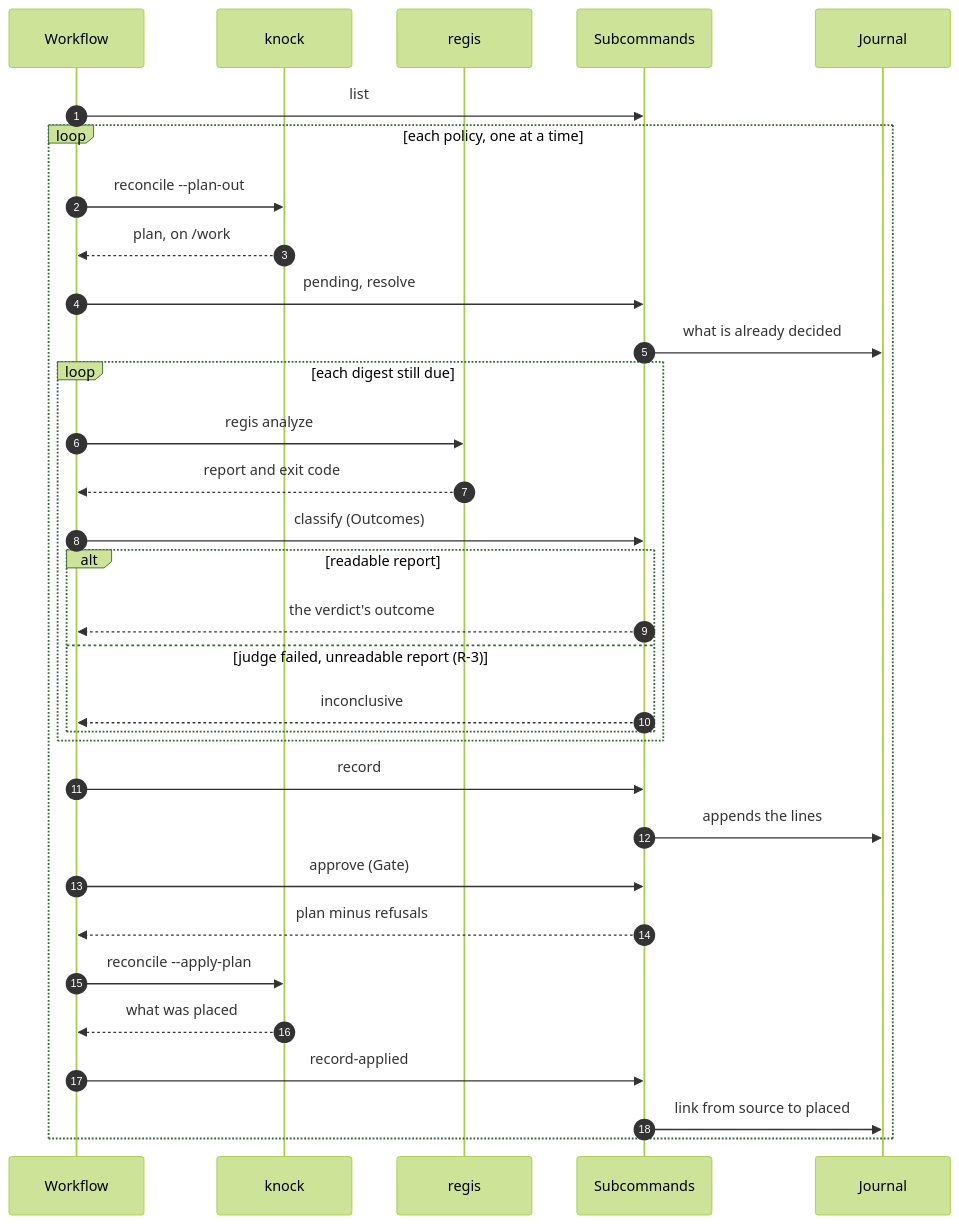
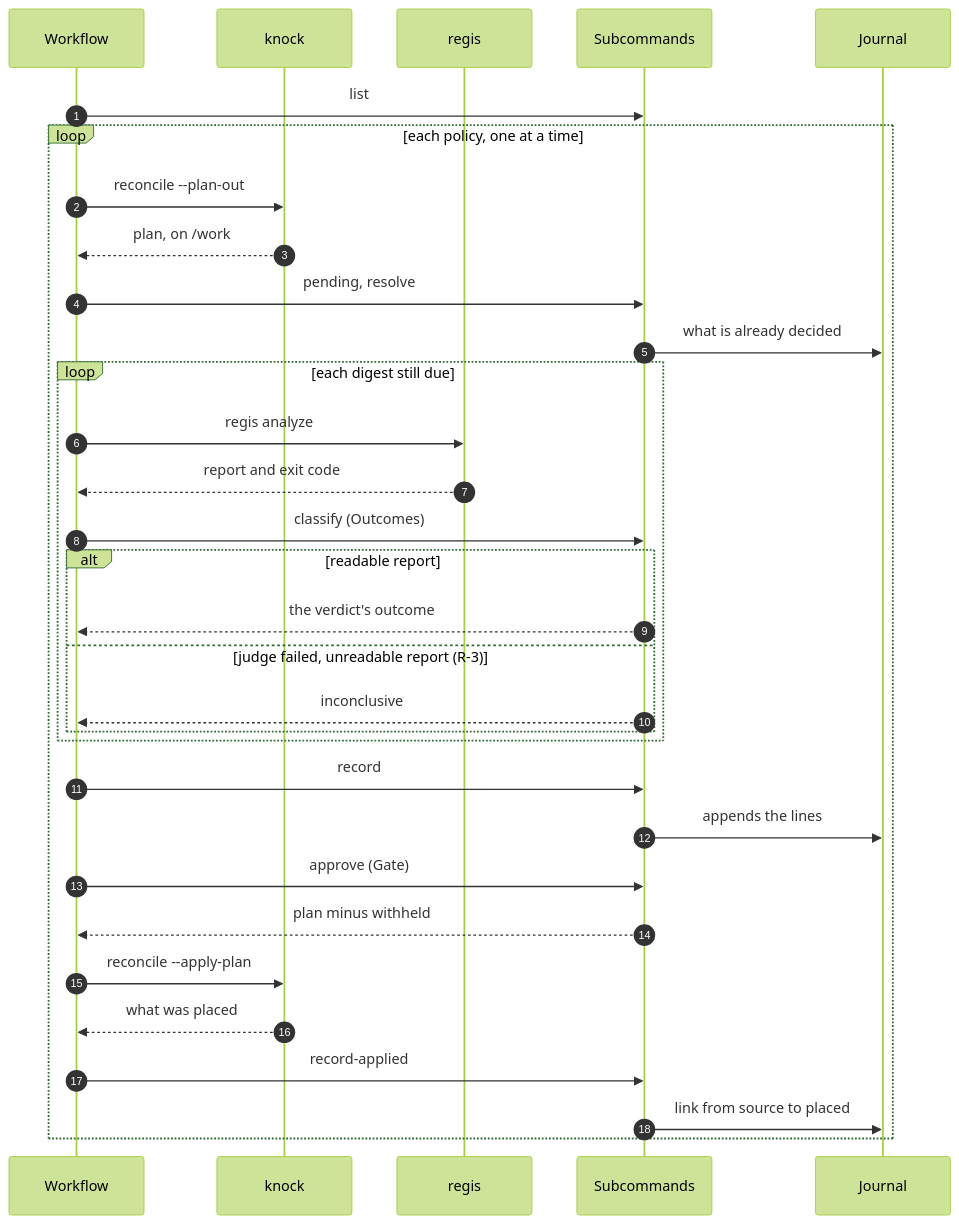
Before and after one commit to trivoallan/uske: the third of 5 diagrams in docs/architecture/arc42.md, drawn with Mermaid (forest theme). The commit also changed other lines of this file and 2 other files, not shown here.

````diff
--- a/docs/architecture/arc42.md
+++ b/docs/architecture/arc42.md
@@ -309,34 +315,34 @@
 ```mermaid
 sequenceDiagram
   autonumber
   participant W as Workflow
   participant K as knock
   participant R as regis
   participant S as Subcommands
   participant J as Journal
   W->>S: list
   loop each policy, one at a time
     W->>K: reconcile --plan-out
     K-->>W: plan, on /work
     W->>S: pending, resolve
     S->>J: what is already decided
     loop each digest still due
       W->>R: regis analyze
       R-->>W: report and exit code
       W->>S: classify (Outcomes)
       alt readable report
         S-->>W: the verdict's outcome
       else judge failed, unreadable report (R-3)
         S-->>W: inconclusive
       end
     end
     W->>S: record
     S->>J: appends the lines
     W->>S: approve (Gate)
-    S-->>W: plan minus refusals
+    S-->>W: plan minus withheld
     W->>K: reconcile --apply-plan
     K-->>W: what was placed
     W->>S: record-applied
     S->>J: link from source to placed
   end
 ```
````
